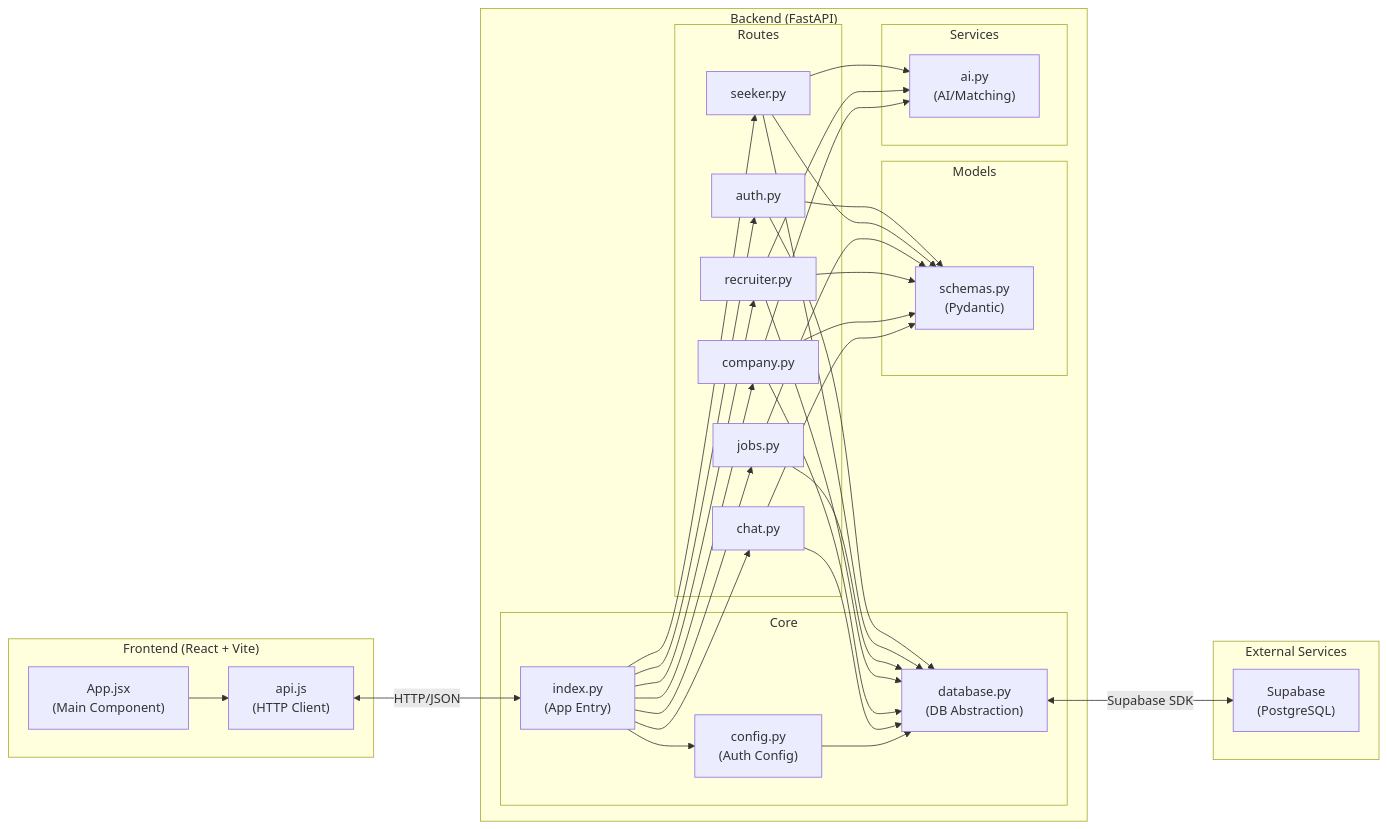
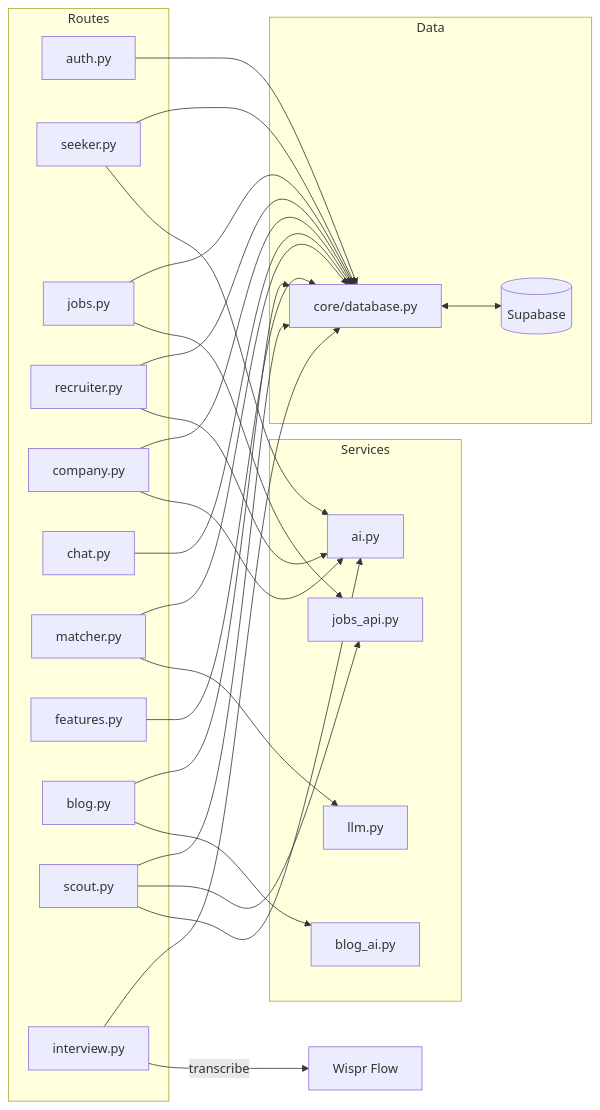
One commit to spayyavula/hireflow changed the second of 6 diagrams in docs/ARCHITECTURE.md. Above: the diagram before and after it, drawn with Mermaid. The commit also changed other lines of this file and 2 other files, not shown here.

Commit message:
docs: record recruiter assignment model and endpoints

````diff
--- a/docs/ARCHITECTURE.md
+++ b/docs/ARCHITECTURE.md
@@ -156,68 +103,53 @@
 ```mermaid
 flowchart LR
-    subgraph Frontend["Frontend (React + Vite)"]
-        App["App.jsx\n(Main Component)"]
-        APIClient["api.js\n(HTTP Client)"]
-        App --> APIClient
+    subgraph Routes
+        Auth[auth.py]
+        Seeker[seeker.py]
+        Jobs[jobs.py]
+        Recruiter[recruiter.py]
+        Company[company.py]
+        Chat[chat.py]
+        Matcher[matcher.py]
+        Features[features.py]
+        Blog[blog.py]
+        Scout[scout.py]
+        Interview[interview.py]
     end
 
-    subgraph Backend["Backend (FastAPI)"]
-        subgraph Core["Core"]
-            Index["index.py\n(App Entry)"]
-            Config["config.py\n(Auth Config)"]
-            Database["database.py\n(DB Abstraction)"]
-        end
-
-        subgraph Routes["Routes"]
-            AuthRoute["auth.py"]
-            SeekerRoute["seeker.py"]
-            JobsRoute["jobs.py"]
-            RecruiterRoute["recruiter.py"]
-            CompanyRoute["company.py"]
-            ChatRoute["chat.py"]
-        end
-
-        subgraph Models["Models"]
-            Schemas["schemas.py\n(Pydantic)"]
-        end
-
-        subgraph ServicesLayer["Services"]
-            AI["ai.py\n(AI/Matching)"]
-        end
-
-        Index --> Config
-        Index --> AuthRoute
-        Index --> SeekerRoute
-        Index --> JobsRoute
-        Index --> RecruiterRoute
-        Index --> CompanyRoute
-        Index --> ChatRoute
-
-        AuthRoute --> Schemas
-        SeekerRoute --> Schemas
-        JobsRoute --> Schemas
-        RecruiterRoute --> Schemas
-        CompanyRoute --> Schemas
-        ChatRoute --> Schemas
-
-        SeekerRoute --> AI
-        RecruiterRoute --> AI
-        CompanyRoute --> AI
-
-        AuthRoute --> Database
-        SeekerRoute --> Database
-        JobsRoute --> Database
-        RecruiterRoute --> Database
-        CompanyRoute --> Database
-        ChatRoute --> Database
-
-        Config --> Database
+    subgraph Services
+        AI[ai.py]
+        LLM[llm.py]
+        BlogAI[blog_ai.py]
+        JobsAPI[jobs_api.py]
     end
 
-    subgraph External["External Services"]
-        Supabase["Supabase\n(PostgreSQL)"]
+    subgraph Data
+        DB[core/database.py]
+        Supabase[(Supabase)]
     end
 
-    APIClient <-->|"HTTP/JSON"| Index
-    Database <-->|"Supabase SDK"| Supabase
+    Seeker --> AI
+    Recruiter --> AI
+    Company --> AI
+    Scout --> AI
+
+    Matcher --> LLM
+    Blog --> BlogAI
+    Jobs --> JobsAPI
+    Scout --> JobsAPI
+    Interview -->|transcribe| Wispr[Wispr Flow]
+
+    Auth --> DB
+    Seeker --> DB
+    Jobs --> DB
+    Recruiter --> DB
+    Company --> DB
+    Chat --> DB
+    Matcher --> DB
+    Features --> DB
+    Blog --> DB
+    Scout --> DB
+    Interview --> DB
+
+    DB <--> Supabase
 ```
````
